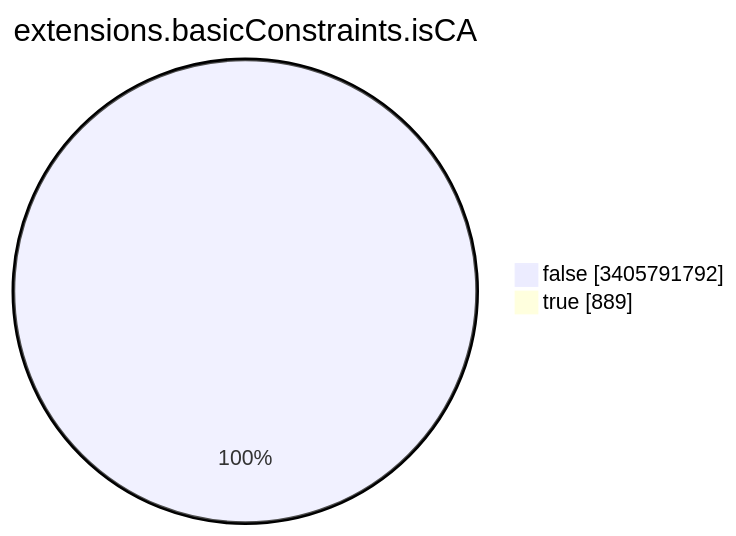
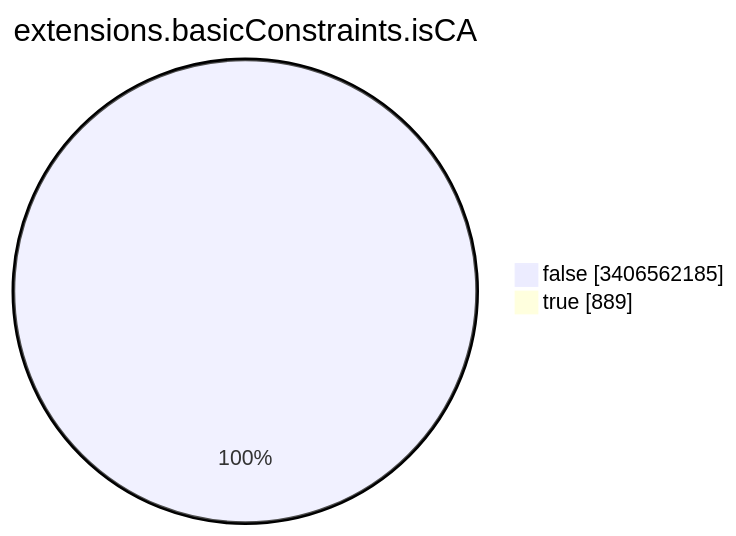
The seventh of 15 diagrams in TOTAL/README.md (christiankrug/ctmonitor_visualization), drawn with Mermaid before and after one commit. The commit also changed other lines of this file, not shown here.

````diff
--- a/TOTAL/README.md
+++ b/TOTAL/README.md
@@ -3091,6 +3091,6 @@
 ```mermaid
 pie showData
 title extensions.basicConstraints.isCA
-"false" :3405791792
+"false" :3406562185
 "true" :889
 ```
````
